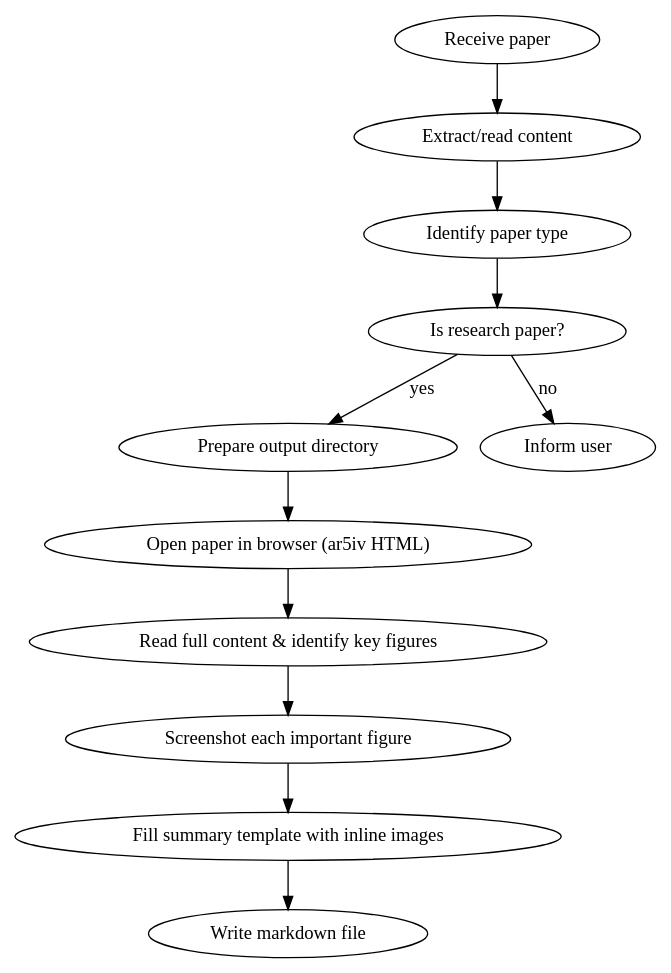
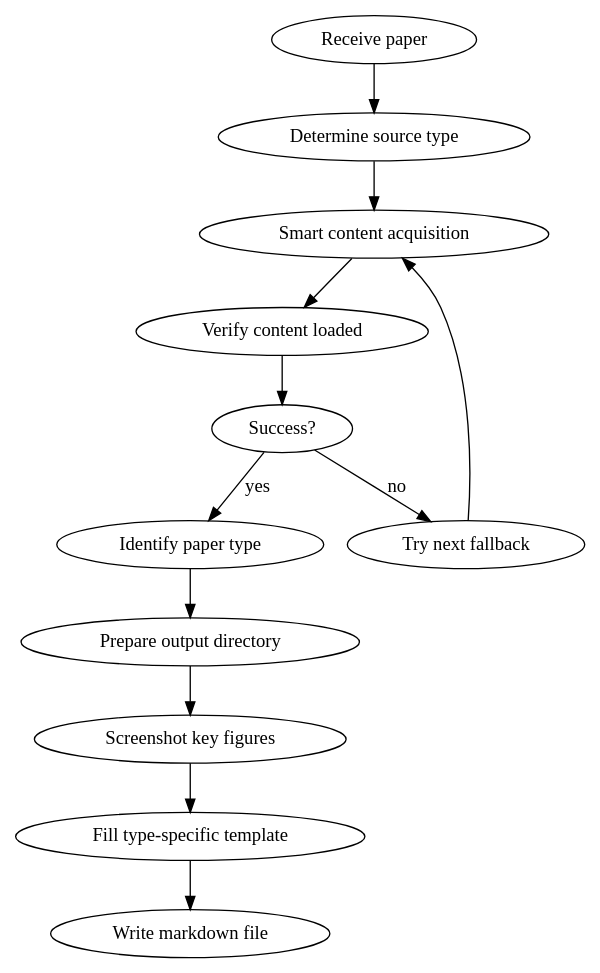
The diagram in skills/paper-reading/SKILL.md (irvingskr/claude-code-config), drawn with Graphviz before and after one commit. The commit also changed other lines of this file, not shown here.

First line of the commit message:
feat: overhaul paper-reading skill with smart acquisition, robust screenshots, and multi-type templates

````diff
--- a/skills/paper-reading/SKILL.md
+++ b/skills/paper-reading/SKILL.md
@@ -23,15 +23,16 @@
 ```dot
 digraph paper_reading {
     rankdir=TB;
-    "Receive paper" -> "Extract/read content";
-    "Extract/read content" -> "Identify paper type";
-    "Identify paper type" -> "Is research paper?" [shape=diamond];
-    "Is research paper?" -> "Prepare output directory" [label="yes"];
-    "Is research paper?" -> "Inform user" [label="no"];
-    "Prepare output directory" -> "Open paper in browser (ar5iv HTML)";
-    "Open paper in browser (ar5iv HTML)" -> "Read full content & identify key figures";
-    "Read full content & identify key figures" -> "Screenshot each important figure";
-    "Screenshot each important figure" -> "Fill summary template with inline images";
-    "Fill summary template with inline images" -> "Write markdown file";
+    "Receive paper" -> "Determine source type";
+    "Determine source type" -> "Smart content acquisition";
+    "Smart content acquisition" -> "Verify content loaded";
+    "Verify content loaded" -> "Success?" [shape=diamond];
+    "Success?" -> "Try next fallback" [label="no"];
+    "Try next fallback" -> "Smart content acquisition";
+    "Success?" -> "Identify paper type" [label="yes"];
+    "Identify paper type" -> "Prepare output directory";
+    "Prepare output directory" -> "Screenshot key figures";
+    "Screenshot key figures" -> "Fill type-specific template";
+    "Fill type-specific template" -> "Write markdown file";
 }
 ```
````
